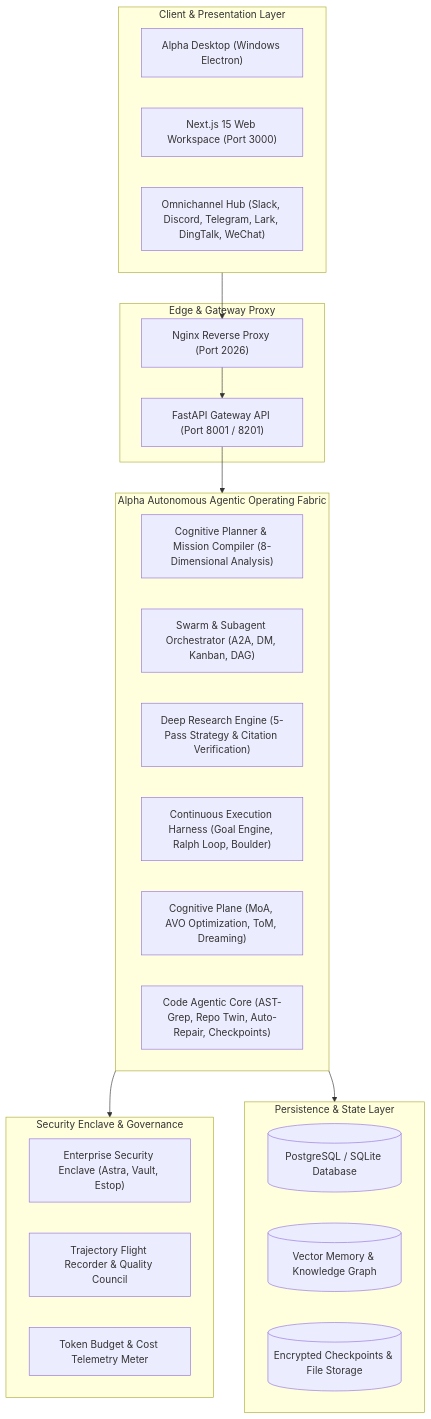
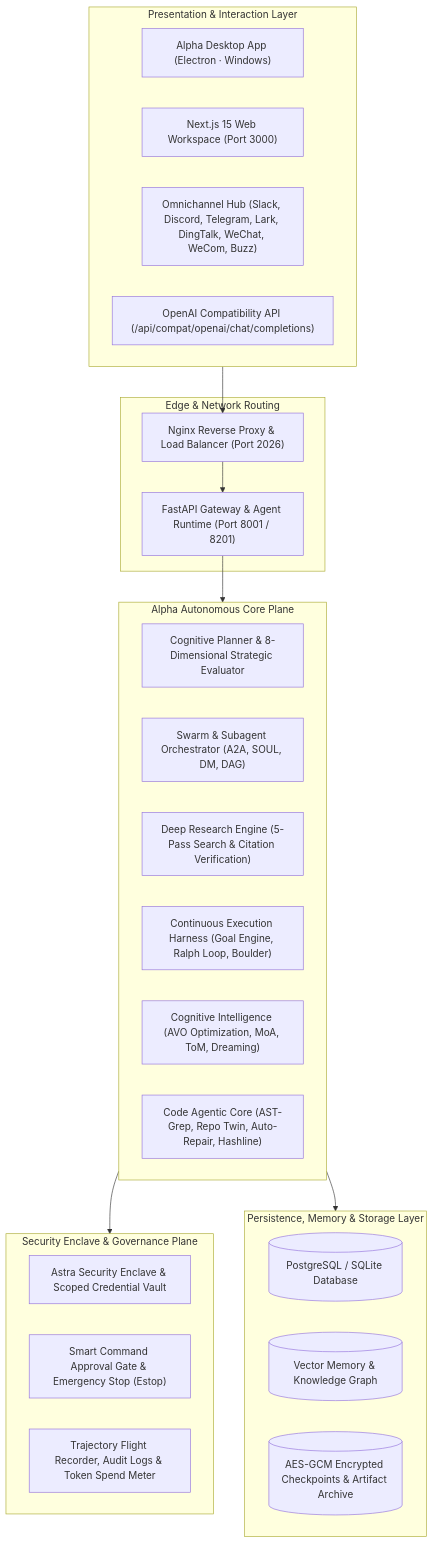
One commit to itsPremkumar/alpha changed the diagram in README.md. Above: the diagram before and after it, drawn with Mermaid. The commit also changed other lines of this file, not shown here.

````diff
--- a/README.md
+++ b/README.md
@@ -64,40 +60,41 @@
 ```mermaid
-flowchart TD
-    subgraph UI ["Client & Presentation Layer"]
-        Electron["Alpha Desktop (Windows Electron)"]
-        WebUI["Next.js 15 Web Workspace (Port 3000)"]
-        Channels["Omnichannel Hub (Slack, Discord, Telegram, Lark, DingTalk, WeChat)"]
+flowchart TB
+    subgraph Presentation ["Presentation & Interaction Layer"]
+        Electron["Alpha Desktop App (Electron · Windows)"]
+        WebWorkspace["Next.js 15 Web Workspace (Port 3000)"]
+        Omnichannel["Omnichannel Hub (Slack, Discord, Telegram, Lark, DingTalk, WeChat, WeCom, Buzz)"]
+        OpenAICompat["OpenAI Compatibility API (/api/compat/openai/chat/completions)"]
     end
 
-    subgraph Ingress ["Edge & Gateway Proxy"]
-        Nginx["Nginx Reverse Proxy (Port 2026)"]
-        FastAPI["FastAPI Gateway API (Port 8001 / 8201)"]
+    subgraph Ingress ["Edge & Network Routing"]
+        Nginx["Nginx Reverse Proxy & Load Balancer (Port 2026)"]
+        Gateway["FastAPI Gateway & Agent Runtime (Port 8001 / 8201)"]
     end
 
-    subgraph CorePlane ["Alpha Autonomous Agentic Operating Fabric"]
-        Planner["Cognitive Planner & Mission Compiler (8-Dimensional Analysis)"]
-        Orchestrator["Swarm & Subagent Orchestrator (A2A, DM, Kanban, DAG)"]
-        DeepResearch["Deep Research Engine (5-Pass Strategy & Citation Verification)"]
+    subgraph AgenticCore ["Alpha Autonomous Core Plane"]
+        Planner["Cognitive Planner & 8-Dimensional Strategic Evaluator"]
+        Orchestrator["Swarm & Subagent Orchestrator (A2A, SOUL, DM, DAG)"]
+        DeepResearch["Deep Research Engine (5-Pass Search & Citation Verification)"]
         Harness["Continuous Execution Harness (Goal Engine, Ralph Loop, Boulder)"]
-        Cognitive["Cognitive Plane (MoA, AVO Optimization, ToM, Dreaming)"]
-        CodeCore["Code Agentic Core (AST-Grep, Repo Twin, Auto-Repair, Checkpoints)"]
+        Cognitive["Cognitive Intelligence (AVO Optimization, MoA, ToM, Dreaming)"]
+        CodeCore["Code Agentic Core (AST-Grep, Repo Twin, Auto-Repair, Hashline)"]
     end
 
-    subgraph Security ["Security Enclave & Governance"]
-        Enclave["Enterprise Security Enclave (Astra, Vault, Estop)"]
-        Audit["Trajectory Flight Recorder & Quality Council"]
-        TokenBudget["Token Budget & Cost Telemetry Meter"]
+    subgraph SecurityEnclave ["Security Enclave & Governance Plane"]
+        Astra["Astra Security Enclave & Scoped Credential Vault"]
+        Approval["Smart Command Approval Gate & Emergency Stop (Estop)"]
+        Telemetry["Trajectory Flight Recorder, Audit Logs & Token Spend Meter"]
     end
 
-    subgraph Storage ["Persistence & State Layer"]
-        DB[("PostgreSQL / SQLite Database")]
-        VectorStore[("Vector Memory & Knowledge Graph")]
-        Artifacts[("Encrypted Checkpoints & File Storage")]
+    subgraph Persistence ["Persistence, Memory & Storage Layer"]
+        Relational[("PostgreSQL / SQLite Database")]
+        VectorMem[("Vector Memory & Knowledge Graph")]
+        Checkpoints[("AES-GCM Encrypted Checkpoints & Artifact Archive")]
     end
 
-    UI --> Nginx
-    Nginx --> FastAPI
-    FastAPI --> CorePlane
-    CorePlane --> Security
-    CorePlane --> Storage
+    Presentation --> Nginx
+    Nginx --> Gateway
+    Gateway --> AgenticCore
+    AgenticCore --> SecurityEnclave
+    AgenticCore --> Persistence
 ```
````
